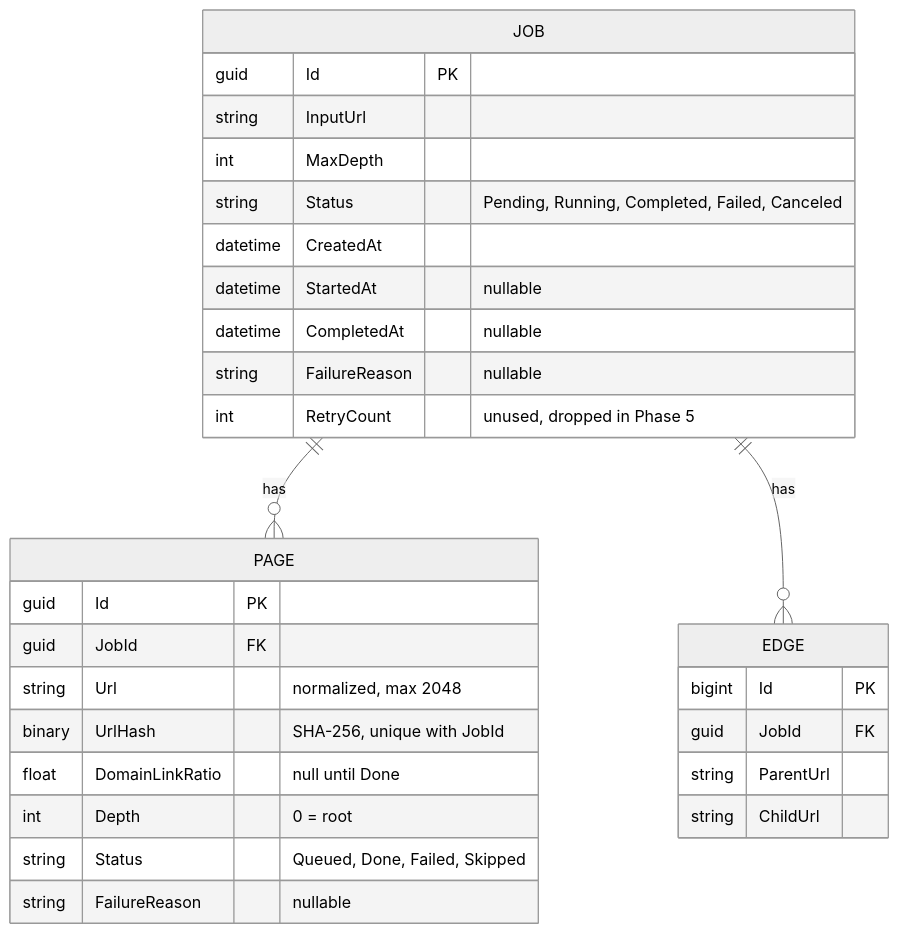
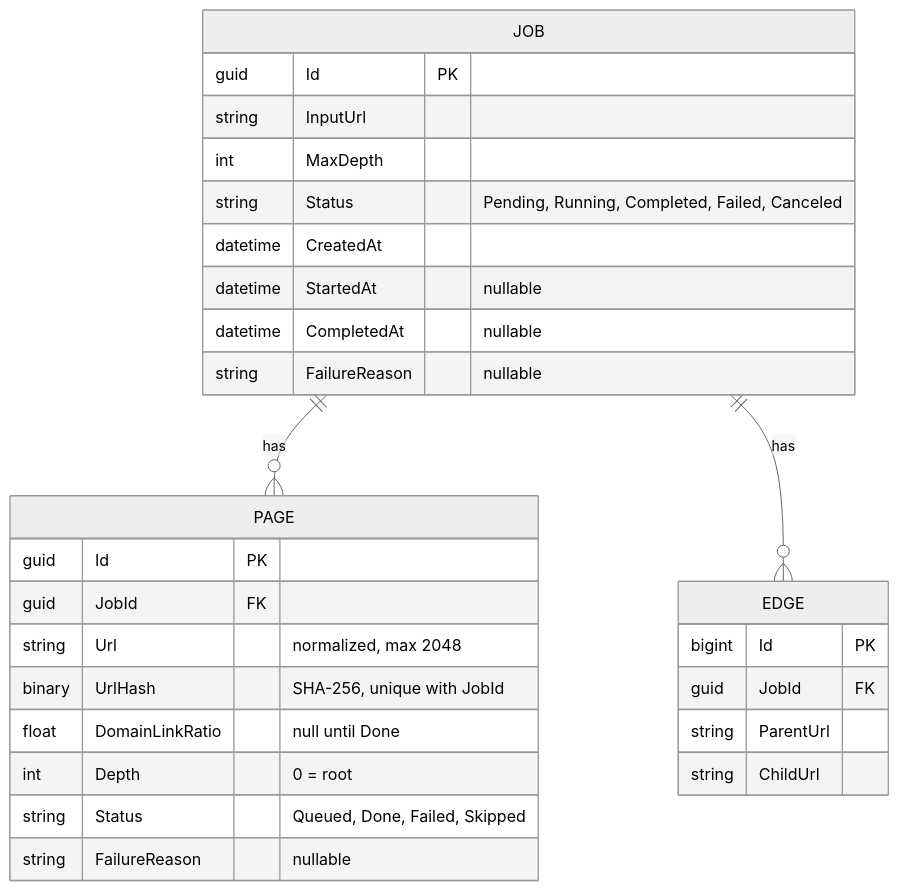
Before and after one commit to Darkanath/ha-alteva-web-crawl: the fifth of 5 diagrams in dev_content/architecture_notes.md, drawn with Mermaid (neutral theme). The commit also changed other lines of this file and 9 other files, not shown here.

````diff
--- a/dev_content/architecture_notes.md
+++ b/dev_content/architecture_notes.md
@@ -192,32 +195,31 @@
 ```mermaid
 erDiagram
     JOB ||--o{ PAGE : "has"
     JOB ||--o{ EDGE : "has"
     JOB {
         guid Id PK
         string InputUrl
         int MaxDepth
         string Status "Pending, Running, Completed, Failed, Canceled"
         datetime CreatedAt
         datetime StartedAt "nullable"
         datetime CompletedAt "nullable"
         string FailureReason "nullable"
-        int RetryCount "unused, dropped in Phase 5"
     }
     PAGE {
         guid Id PK
         guid JobId FK
         string Url "normalized, max 2048"
         binary UrlHash "SHA-256, unique with JobId"
         float DomainLinkRatio "null until Done"
         int Depth "0 = root"
         string Status "Queued, Done, Failed, Skipped"
         string FailureReason "nullable"
     }
     EDGE {
         bigint Id PK
         guid JobId FK
         string ParentUrl
         string ChildUrl
     }
 ```
````
